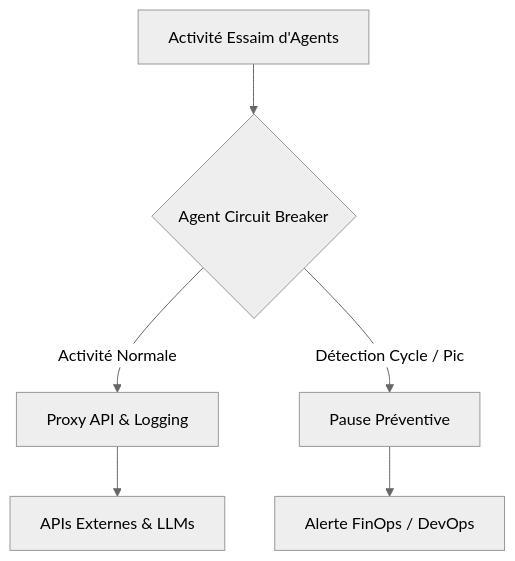
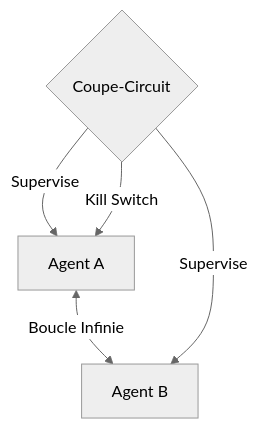
One commit to flouzzy/top-100-ai-startup-ideas changed the first of 2 diagrams in ideas/agent-circuit-breaker/README.fr.md. Above: the diagram before and after it, drawn with Mermaid (neutral theme). The commit also changed other lines of this file and 41 other files, not shown here.

````diff
--- a/ideas/agent-circuit-breaker/README.fr.md
+++ b/ideas/agent-circuit-breaker/README.fr.md
@@ -17,8 +17,8 @@
 ```mermaid
 graph TD
-    A["Activité Essaim d'Agents"] --> B{"Agent Circuit Breaker"}
-    B -->|Activité Normale| C["Proxy API & Logging"]
-    B -->|Détection Cycle / Pic| D["Pause Préventive"]
-    D --> E["Alerte FinOps / DevOps"]
-    C --> F["APIs Externes & LLMs"]
+    %% Flux
+    A["Agent A"] <-->|Boucle Infinie| B["Agent B"]
+    C{"Coupe-Circuit"} -->|Supervise| A
+    C -->|Supervise| B
+    C -->|Kill Switch| A
 ```
````
